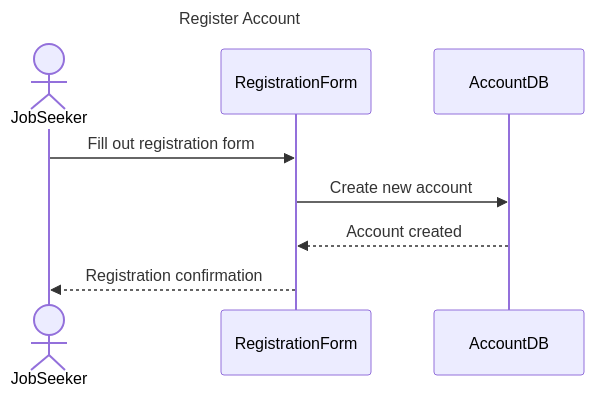
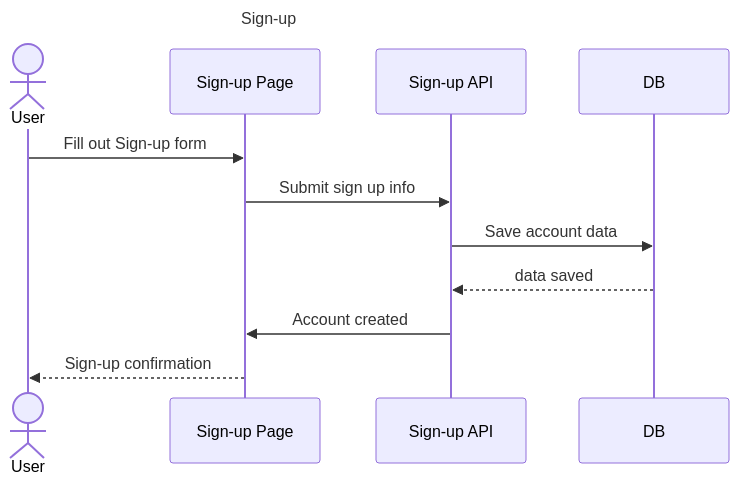
One commit to emd5953/NextStep changed the diagram in docs/all-diagrams-source-files/sequence-diagrams/register-account.md. Above: the diagram before and after it, drawn with Mermaid. The commit also changed 40 other files, not shown here.

Commit message:
updated diagrams

````diff
--- a/docs/all-diagrams-source-files/sequence-diagrams/register-account.md
+++ b/docs/all-diagrams-source-files/sequence-diagrams/register-account.md
@@ -1,9 +1,11 @@
 ```mermaid
 sequenceDiagram
-    title Register Account
-    actor JobSeeker
-    JobSeeker ->> RegistrationForm: Fill out registration form
-    RegistrationForm ->> AccountDB: Create new account
-    AccountDB -->> RegistrationForm: Account created
-    RegistrationForm -->> JobSeeker: Registration confirmation
+    title Sign-up
+    actor User
+    User ->> Sign-up Page: Fill out Sign-up form
+    Sign-up Page ->> Sign-up API: Submit sign up info
+    Sign-up API ->> DB: Save account data 
+    DB -->> Sign-up API: data saved
+    Sign-up API ->> Sign-up Page: Account created
+    Sign-up Page -->> User: Sign-up confirmation
 ```
````
